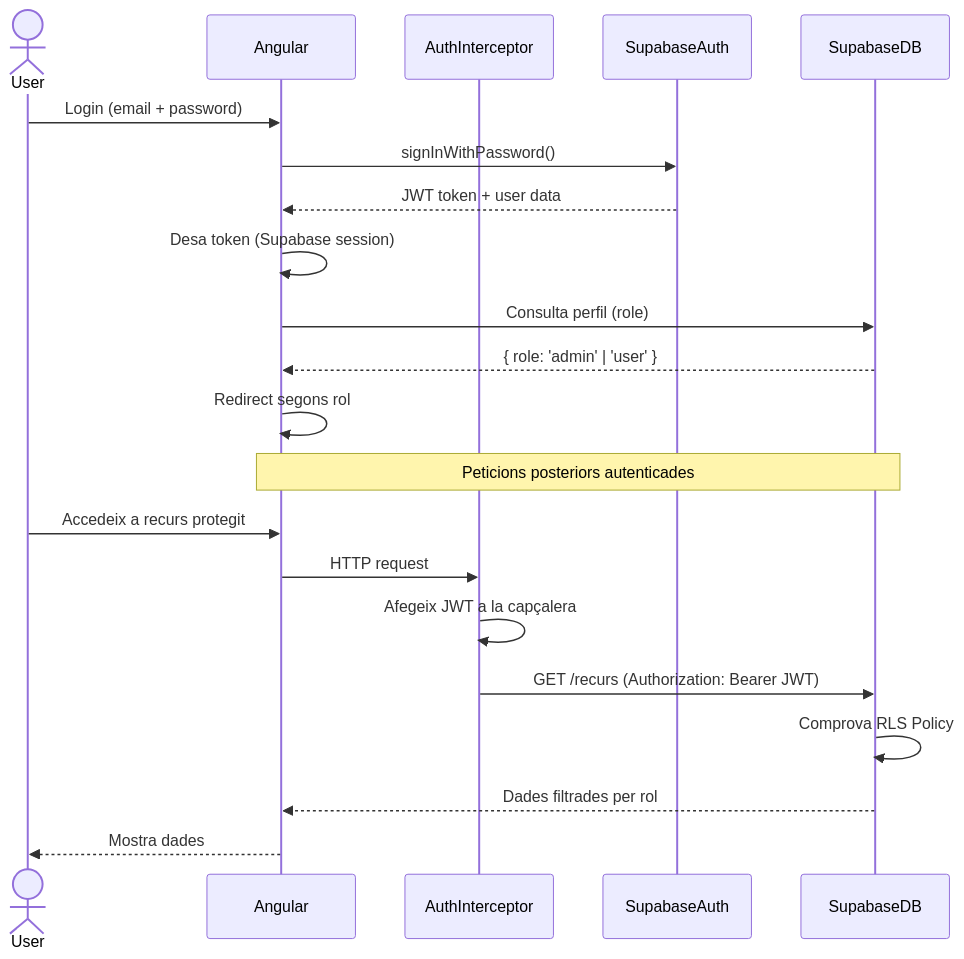
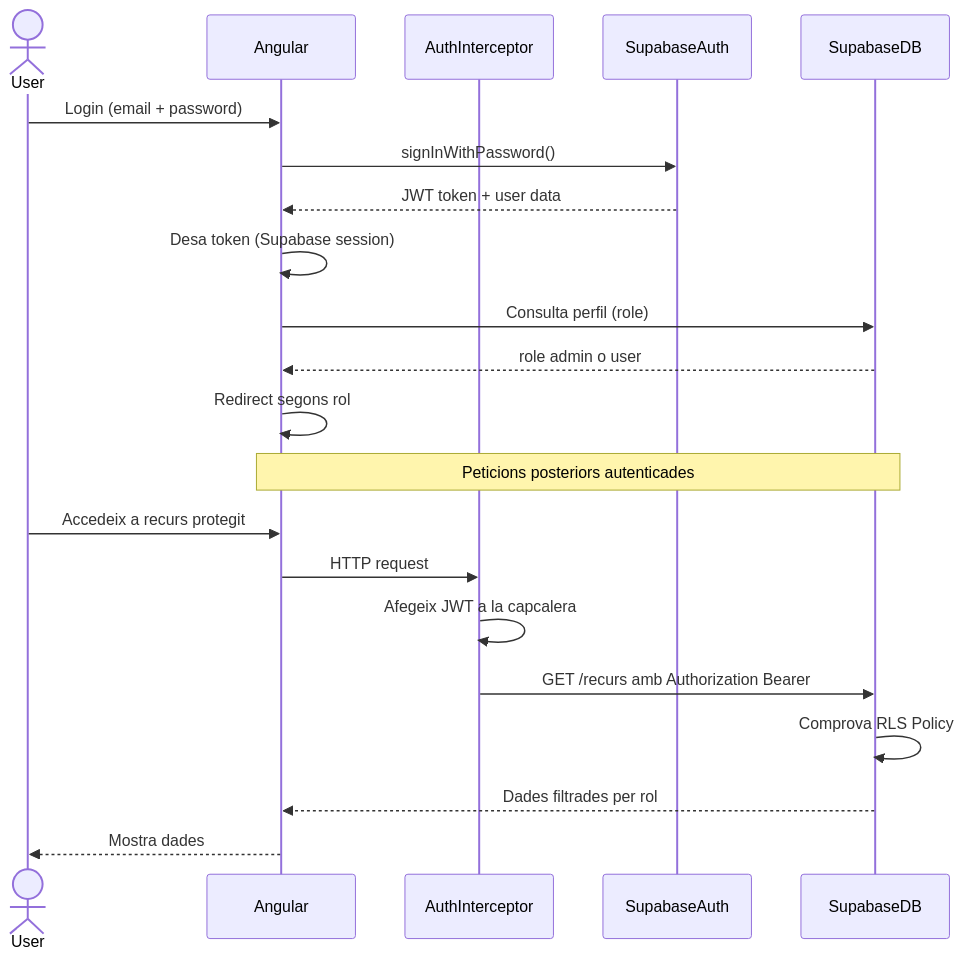
Before and after one commit to isahun/winter-garden: the fifth of 8 diagrams in DIAGRAMS.md, drawn with Mermaid. The commit also changed other lines of this file, not shown here.

Commit message:
docs: fix Mermaid node labels for obsidian render

````diff
--- a/DIAGRAMS.md
+++ b/DIAGRAMS.md
@@ -206,26 +206,26 @@
 ```mermaid
 sequenceDiagram
     actor User
     participant Angular
     participant AuthInterceptor
     participant SupabaseAuth
     participant SupabaseDB
 
     User->>Angular: Login (email + password)
     Angular->>SupabaseAuth: signInWithPassword()
     SupabaseAuth-->>Angular: JWT token + user data
     Angular->>Angular: Desa token (Supabase session)
     Angular->>SupabaseDB: Consulta perfil (role)
-    SupabaseDB-->>Angular: { role: 'admin' | 'user' }
+    SupabaseDB-->>Angular: role admin o user
     Angular->>Angular: Redirect segons rol
 
     Note over Angular,SupabaseDB: Peticions posteriors autenticades
 
     User->>Angular: Accedeix a recurs protegit
     Angular->>AuthInterceptor: HTTP request
-    AuthInterceptor->>AuthInterceptor: Afegeix JWT a la capçalera
-    AuthInterceptor->>SupabaseDB: GET /recurs (Authorization: Bearer JWT)
+    AuthInterceptor->>AuthInterceptor: Afegeix JWT a la capcalera
+    AuthInterceptor->>SupabaseDB: GET /recurs amb Authorization Bearer
     SupabaseDB->>SupabaseDB: Comprova RLS Policy
     SupabaseDB-->>Angular: Dades filtrades per rol
     Angular-->>User: Mostra dades
 ```
````
